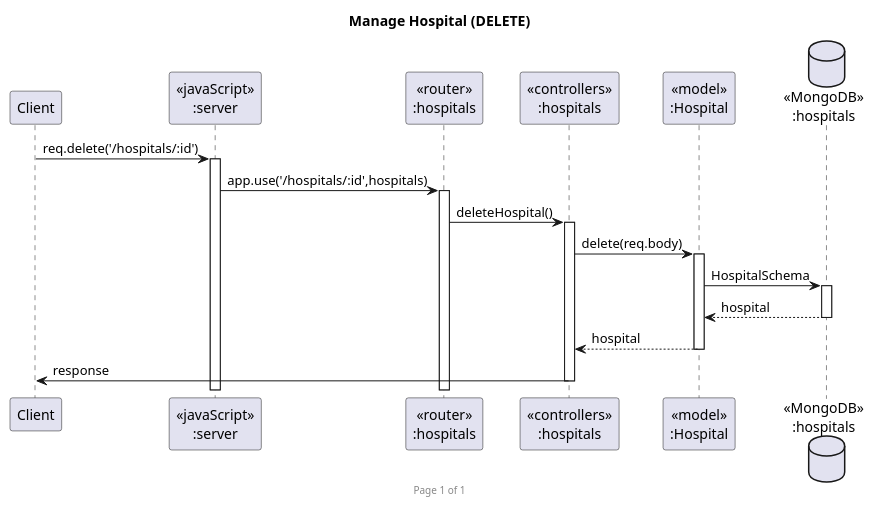
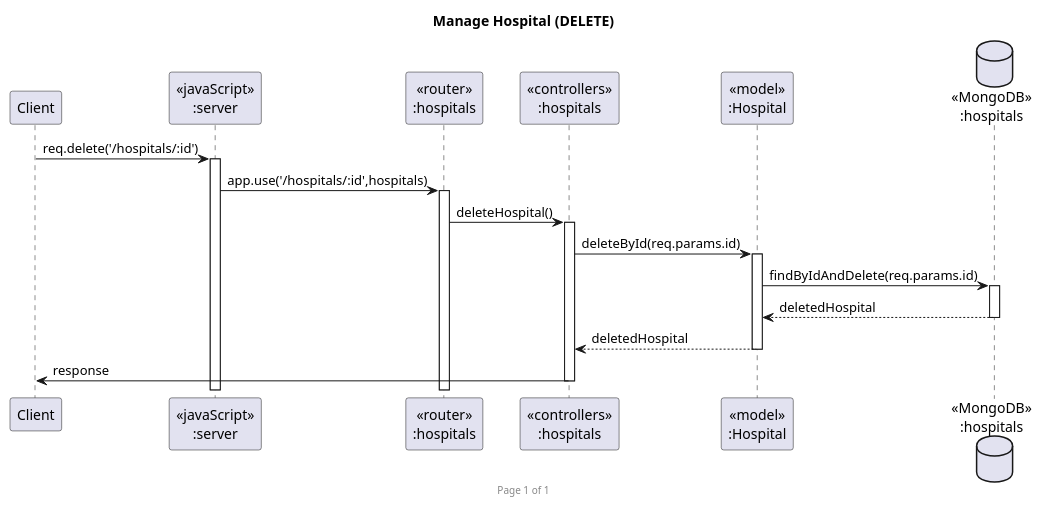
Before and after one commit to JirayutP/SE_Dev: the diagram in VacQ/VacQSeq_delete.puml, drawn with PlantUML. The commit also changed 5 other files, not shown here.

```diff
--- a/VacQ/VacQSeq_delete.puml
+++ b/VacQ/VacQSeq_delete.puml
@@ -1,22 +1,22 @@
 @startuml Manage Hospital (DELETE)
 
 footer Page %page% of %lastpage%
 title "Manage Hospital (DELETE)"
 
 participant "Client" as client
 participant "<<javaScript>>\n:server" as server
 participant "<<router>>\n:hospitals" as routerHospitals
 participant "<<controllers>>\n:hospitals" as controllersHospitals
 participant "<<model>>\n:Hospital" as modelHospital
 database "<<MongoDB>>\n:hospitals" as HospitalsDatabase
 
 client->server ++:req.delete('/hospitals/:id')
 server->routerHospitals ++:app.use('/hospitals/:id',hospitals)
 routerHospitals -> controllersHospitals ++:deleteHospital()
-controllersHospitals->modelHospital ++:delete(req.body)
-modelHospital ->HospitalsDatabase ++: HospitalSchema
-HospitalsDatabase --> modelHospital --: hospital
-controllersHospitals <-- modelHospital --:hospital
+controllersHospitals->modelHospital ++:deleteById(req.params.id)
+modelHospital ->HospitalsDatabase ++: findByIdAndDelete(req.params.id)
+HospitalsDatabase --> modelHospital --: deletedHospital
+controllersHospitals <-- modelHospital --:deletedHospital
 controllersHospitals->client --:response
 
 @enduml
```
